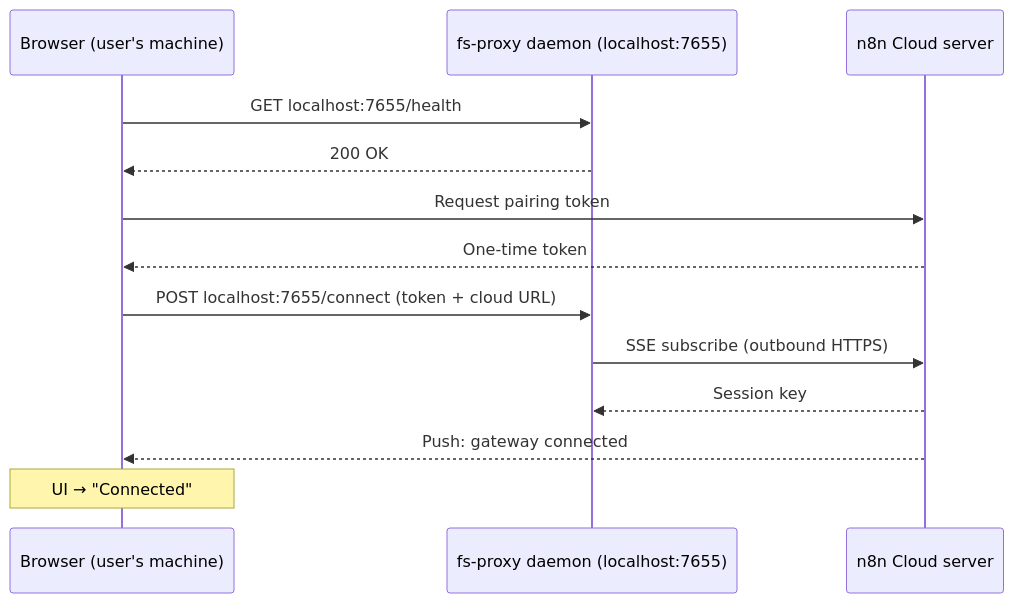
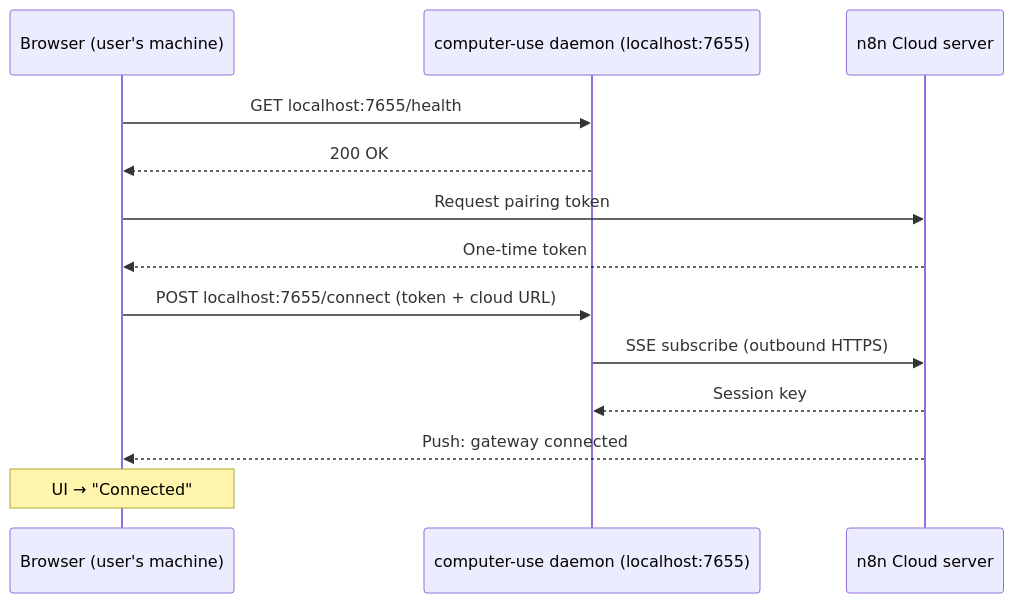
Before and after one commit to mayankjain1815-commits/n8n: the third of 4 diagrams in packages/@n8n/instance-ai/docs/filesystem-access.md, drawn with Mermaid. The commit also changed other lines of this file and 81 other files, not shown here.

````diff
--- a/packages/@n8n/instance-ai/docs/filesystem-access.md
+++ b/packages/@n8n/instance-ai/docs/filesystem-access.md
@@ -277,16 +277,16 @@
 ```mermaid
 sequenceDiagram
     participant Browser as Browser (user's machine)
-    participant Daemon as fs-proxy daemon (localhost:7655)
+    participant Daemon as computer-use daemon (localhost:7655)
     participant Cloud as n8n Cloud server
 
     Browser->>Daemon: GET localhost:7655/health
     Daemon-->>Browser: 200 OK
     Browser->>Cloud: Request pairing token
     Cloud-->>Browser: One-time token
     Browser->>Daemon: POST localhost:7655/connect (token + cloud URL)
     Daemon->>Cloud: SSE subscribe (outbound HTTPS)
     Cloud-->>Daemon: Session key
     Cloud-->>Browser: Push: gateway connected
     Note over Browser: UI → "Connected"
 ```
````
